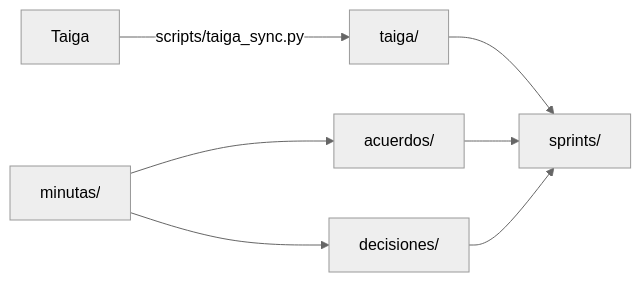
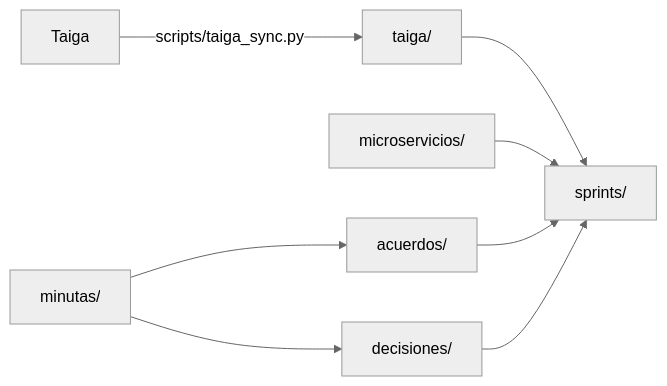
Before and after one commit to BenjaminPolzoni/tpi-g10-cerebro: the diagram in 00-Inicio.md, drawn with Mermaid (neutral theme). The commit also changed other lines of this file and 11 other files, not shown here.

````diff
--- a/00-Inicio.md
+++ b/00-Inicio.md
@@ -9,9 +9,10 @@
 ```mermaid
 flowchart LR
   T[Taiga] -->|scripts/taiga_sync.py| TG[taiga/]
   TG --> S[sprints/]
+  MS[microservicios/] --> S
   A[acuerdos/] --> S
   D[decisiones/] --> S
   M[minutas/] --> A
   M --> D
 ```
````
